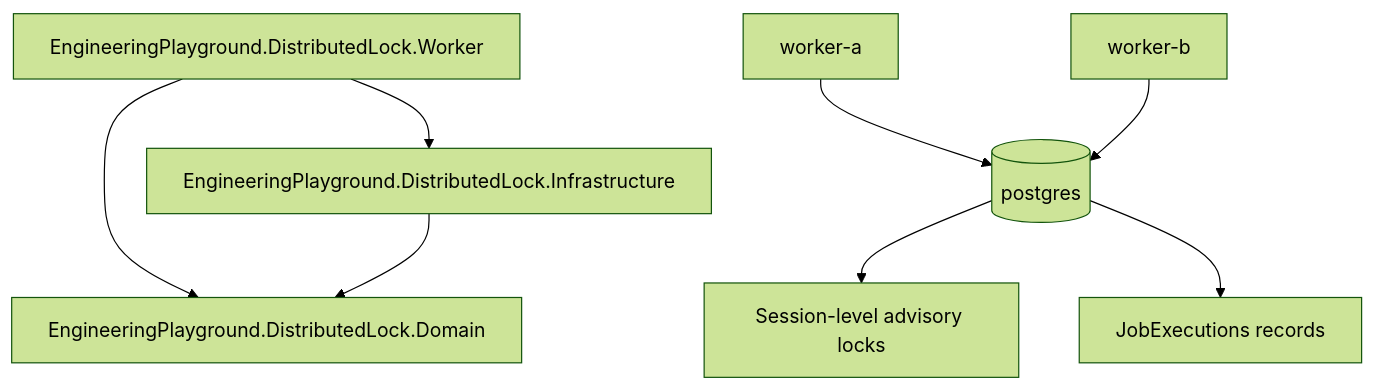
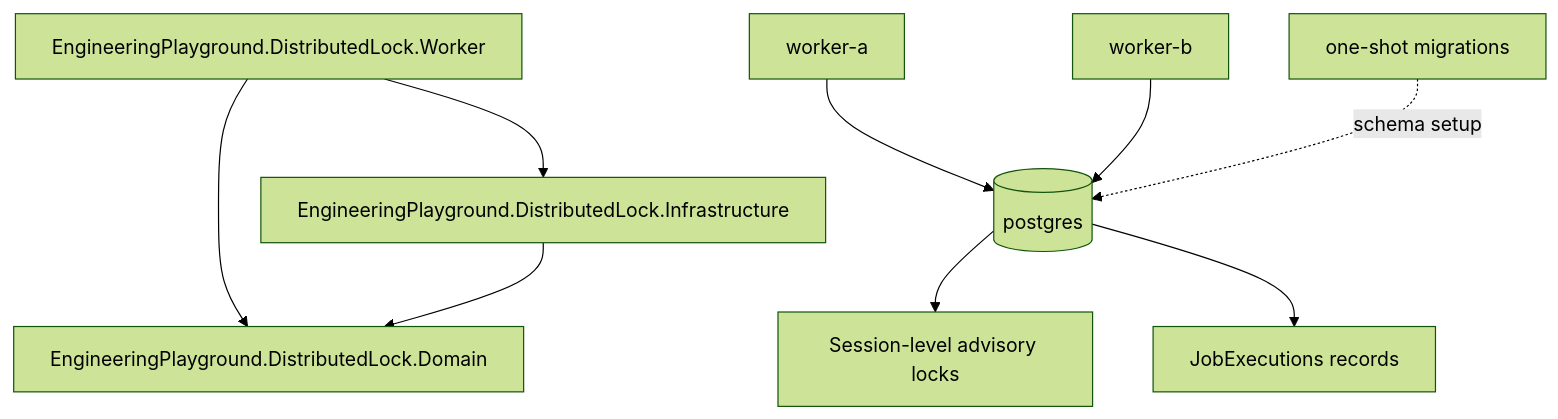
Before and after one commit to Luqa1/Engineering-Playground: the diagram in 04-distributed-lock/diagrams/architecture.mmd, drawn with Mermaid (forest theme). The commit also changed 8 other files, not shown here.

```diff
--- a/04-distributed-lock/diagrams/architecture.mmd
+++ b/04-distributed-lock/diagrams/architecture.mmd
@@ -1,13 +1,14 @@
 flowchart TD
     Worker[EngineeringPlayground.DistributedLock.Worker]
     Infrastructure[EngineeringPlayground.DistributedLock.Infrastructure]
     Domain[EngineeringPlayground.DistributedLock.Domain]
 
     Worker --> Infrastructure
     Worker --> Domain
     Infrastructure --> Domain
 
     WorkerA[worker-a] --> PostgreSQL[(postgres)]
     WorkerB[worker-b] --> PostgreSQL
+    Migrations[one-shot migrations] -. schema setup .-> PostgreSQL
     PostgreSQL --> Locks[Session-level advisory locks]
     PostgreSQL --> Executions[JobExecutions records]
```
